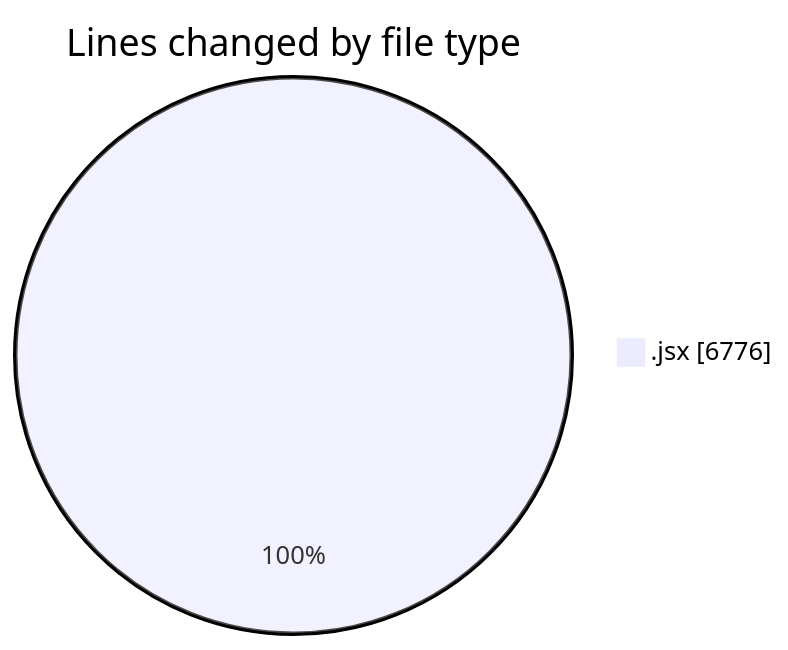
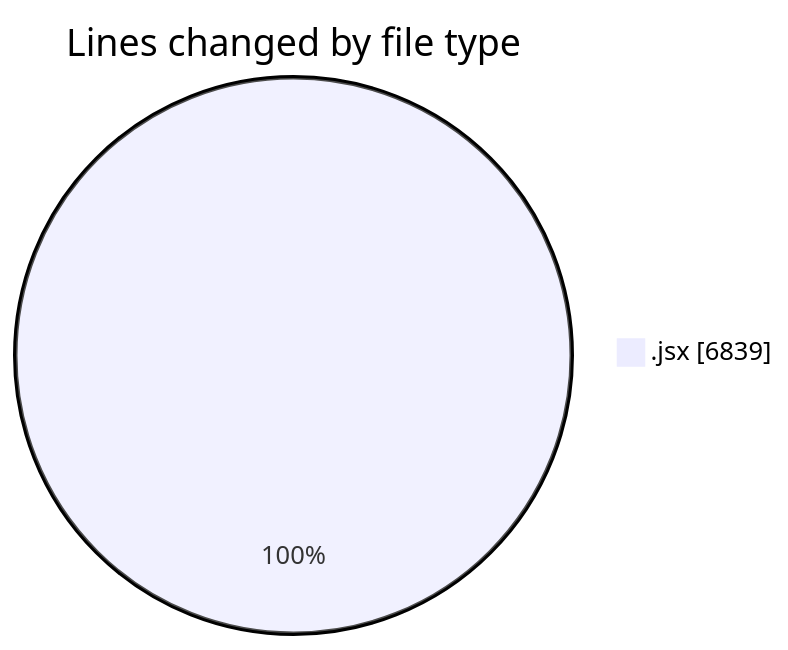
The first of 2 diagrams in 2025-05-14/argos-dev/README.md (nxtqubesakshisongat/code-tracking), drawn with Mermaid before and after one commit. The commit also changed other lines of this file and 1 other file, not shown here.

````diff
--- a/2025-05-14/argos-dev/README.md
+++ b/2025-05-14/argos-dev/README.md
@@ -28,5 +28,5 @@
 ```mermaid
 pie showData
 title Lines changed by file type
-".jsx" : 6776
+".jsx" : 6839
 ```
````
